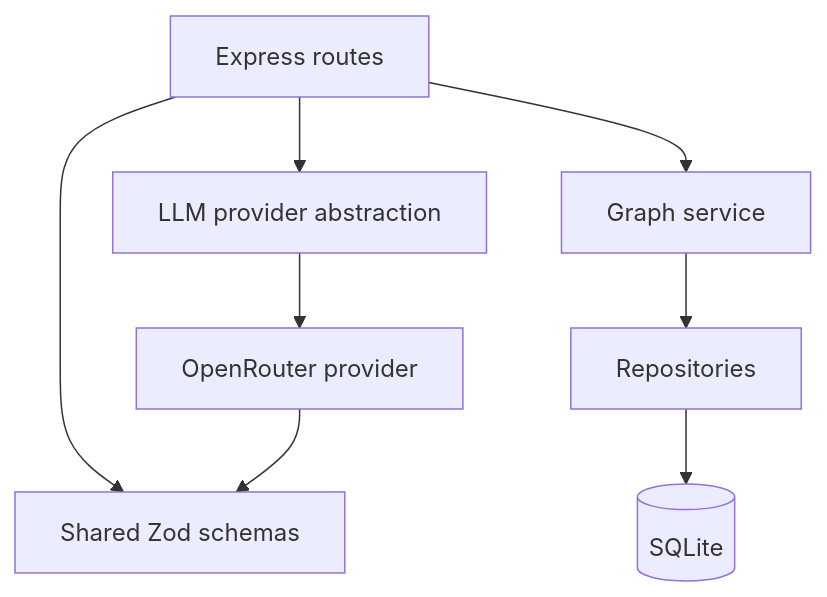
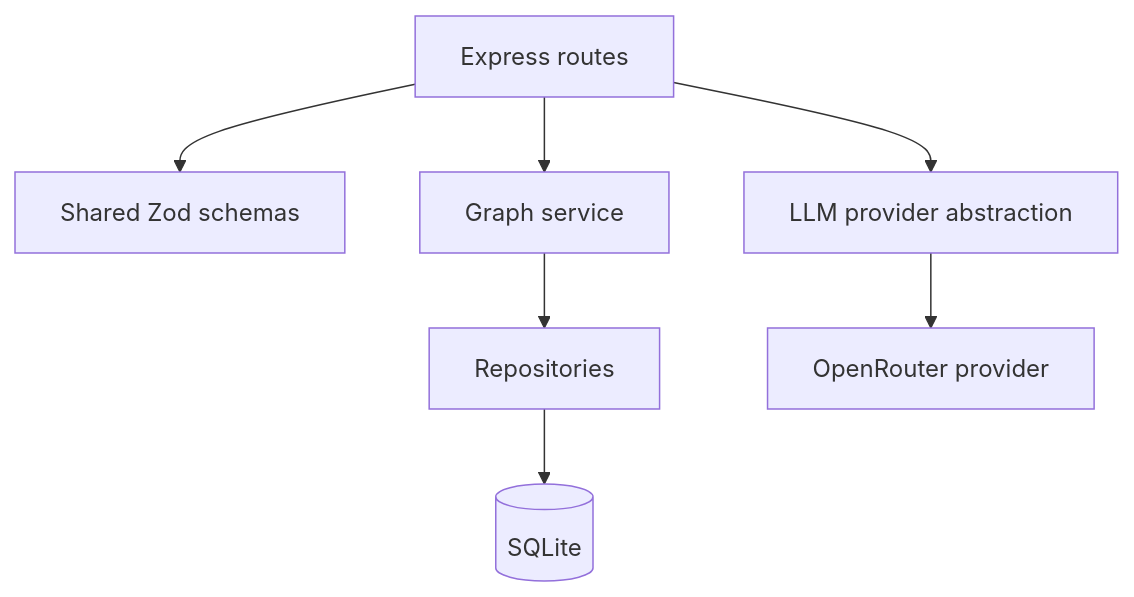
One commit to swarnavacodes/synapse changed the third of 5 diagrams in ARCHITECTURE.md. Above: the diagram before and after it, drawn with Mermaid.

Commit message:
fix: remove circular edge in Server Architecture diagram
OpenRouter --> Validation created a cycle that broke Mermaid layout.
Validation is already reachable via Routes, so the edge is redundant.

````diff
--- a/ARCHITECTURE.md
+++ b/ARCHITECTURE.md
@@ -84,18 +84,17 @@
 ```mermaid
 flowchart TB
     Routes[Express routes]
     Validation[Shared Zod schemas]
     Graph[Graph service]
     Repos[Repositories]
     SQLite[(SQLite)]
     Provider[LLM provider abstraction]
     OpenRouter[OpenRouter provider]
 
     Routes --> Validation
     Routes --> Graph
     Graph --> Repos
     Repos --> SQLite
     Routes --> Provider
     Provider --> OpenRouter
-    OpenRouter --> Validation
 ```
````
